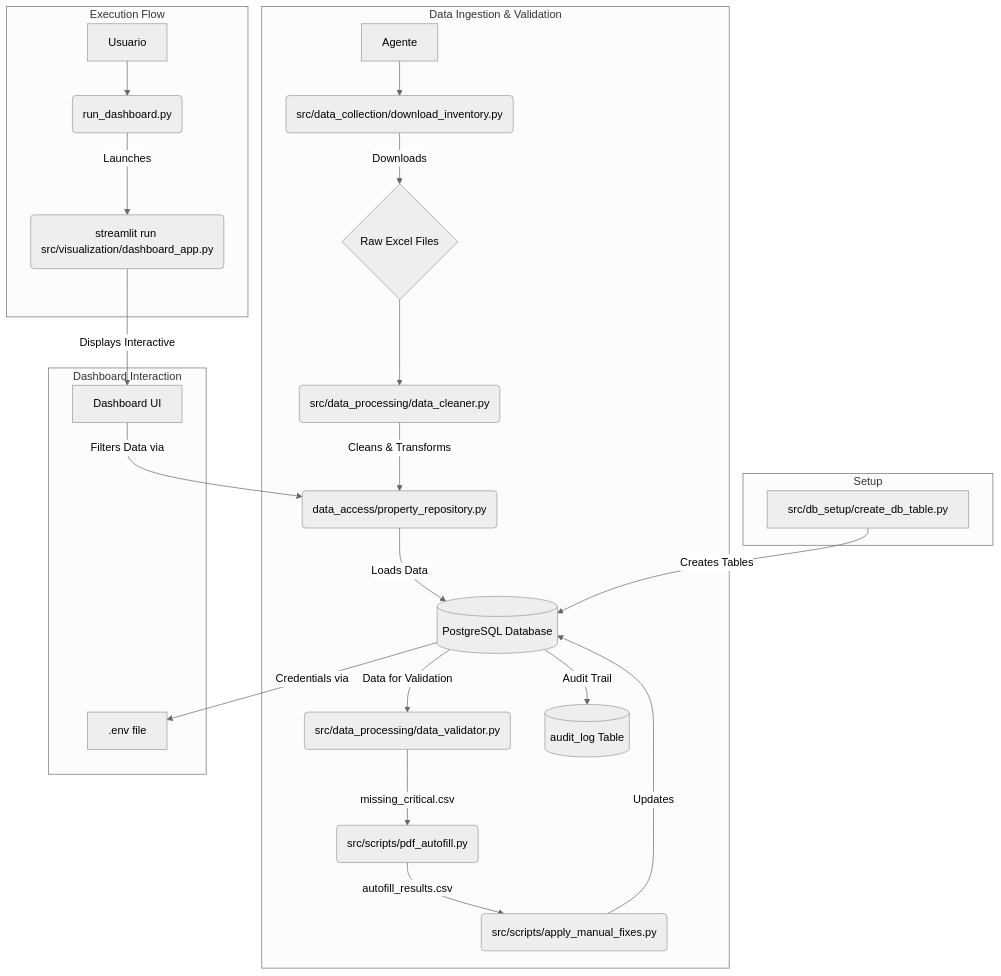
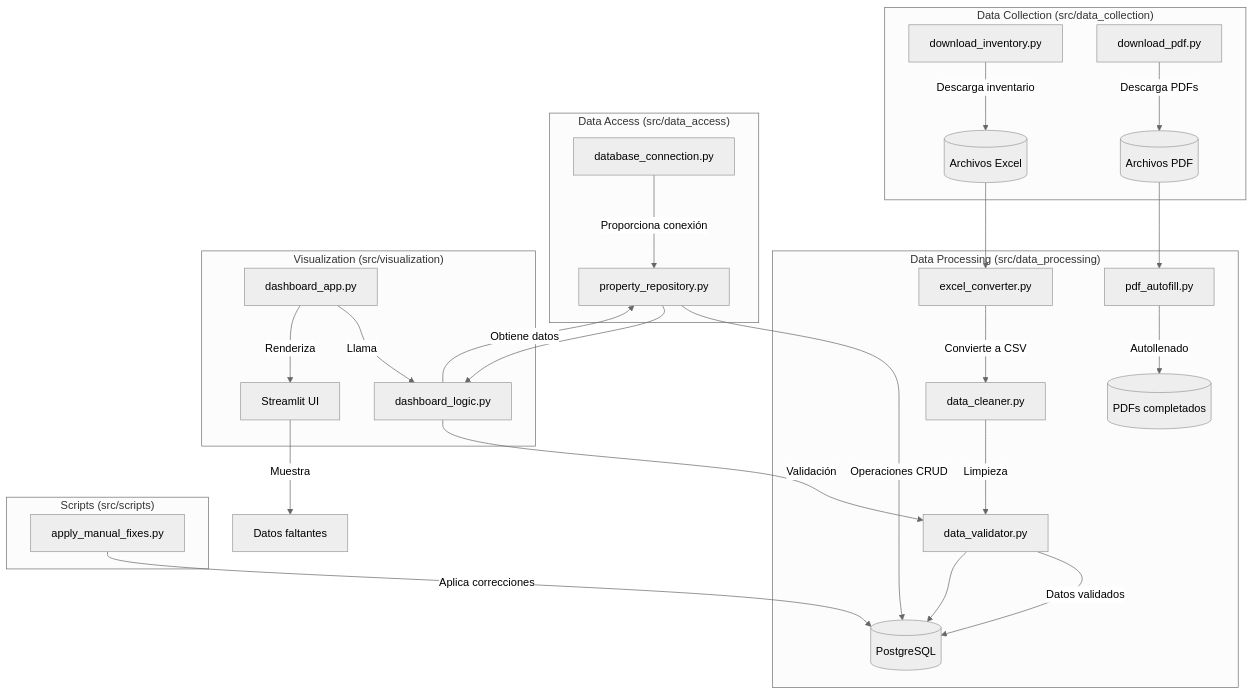
One commit to fm-dev-mx/real_estate_insights changed the diagram in docs/current_state.mmd. Above: the diagram before and after it, drawn with Mermaid (neutral theme). The commit also changed 14 other files, not shown here.

First line of the commit message:
Update architecture docs and refactor code for quality

```diff
--- a/docs/current_state.mmd
+++ b/docs/current_state.mmd
@@ -1,28 +1,42 @@
-graph TD
-    subgraph Execution Flow
-        A[Usuario] --> B(run_dashboard.py)
-        B -- Launches --> C(streamlit run src/visualization/dashboard_app.py)
+flowchart TD
+    %% ===== DATA COLLECTION =====
+    subgraph DataCollection["Data Collection (src/data_collection)"]
+        download_inventory["download_inventory.py"] -->|Descarga inventario| excel_file[(Archivos Excel)]
+        download_pdf["download_pdf.py"] -->|Descarga PDFs| pdf_files[(Archivos PDF)]
     end
 
-    subgraph Data Ingestion & Validation
-        D[Agente] --> E(src/data_collection/download_inventory.py)
-        E -- Downloads --> F{Raw Excel Files}
-        F --> G(src/data_processing/data_cleaner.py)
-        G -- Cleans & Transforms --> H(data_access/property_repository.py)
-        H -- Loads Data --> I[(PostgreSQL Database)]
-        I -- Data for Validation --> J(src/data_processing/data_validator.py)
-        J -->|missing_critical.csv| K(src/scripts/pdf_autofill.py)
-        K -->|autofill_results.csv| L(src/scripts/apply_manual_fixes.py)
-        L -- Updates --> I
-        I -- Audit Trail --> M[(audit_log Table)]
+    %% ===== DATA PROCESSING =====
+    subgraph DataProcessing["Data Processing (src/data_processing)"]
+        excel_converter["excel_converter.py"] -->|Convierte a CSV| clean_data["data_cleaner.py"]
+        clean_data -->|Limpieza| data_validator["data_validator.py"]
+        data_validator -->|Datos validados| db[(PostgreSQL)]
+        pdf_autofill["pdf_autofill.py"] -->|Autollenado| filled_pdfs[(PDFs completados)]
     end
 
-    subgraph Dashboard Interaction
-        C -- Displays Interactive --> N[Dashboard UI]
-        N -- Filters Data via --> H
-        I -- Credentials via --> O[.env file]
+    %% ===== DATA ACCESS =====
+    subgraph DataAccess["Data Access (src/data_access)"]
+        database_connection["database_connection.py"] -->|Proporciona conexión| property_repository["property_repository.py"]
+        property_repository -->|Operaciones CRUD| db
     end
 
-    subgraph Setup
-        P[src/db_setup/create_db_table.py] -- Creates Tables --> I
+    %% ===== VISUALIZATION =====
+    subgraph Visualization["Visualization (src/visualization)"]
+        dashboard_app["dashboard_app.py"] -->|Llama| dashboard_logic["dashboard_logic.py"]
+        dashboard_logic -->|Obtiene datos| property_repository
+        dashboard_logic -->|Validación| data_validator
+        dashboard_app -->|Renderiza| streamlit_ui["Streamlit UI"]
     end
+
+    %% ===== SCRIPTS =====
+    subgraph Scripts["Scripts (src/scripts)"]
+        apply_manual_fixes["apply_manual_fixes.py"] -->|Aplica correcciones| db
+    end
+
+    %% ===== FLUJOS PRINCIPALES =====
+    excel_file --> excel_converter
+    pdf_files --> pdf_autofill
+    data_validator --> db
+    property_repository --> dashboard_logic
+
+    %% ===== VISTA DATOS FALTANTES =====
+    streamlit_ui -->|Muestra| missing_data_view["Datos faltantes"]
```
